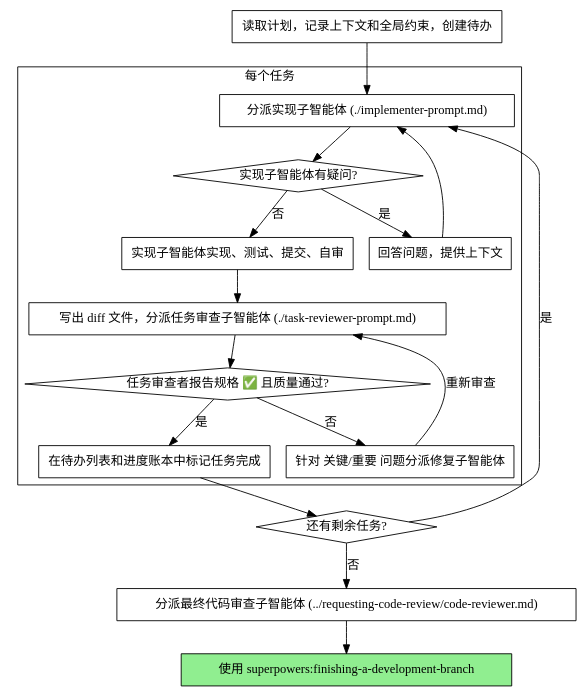
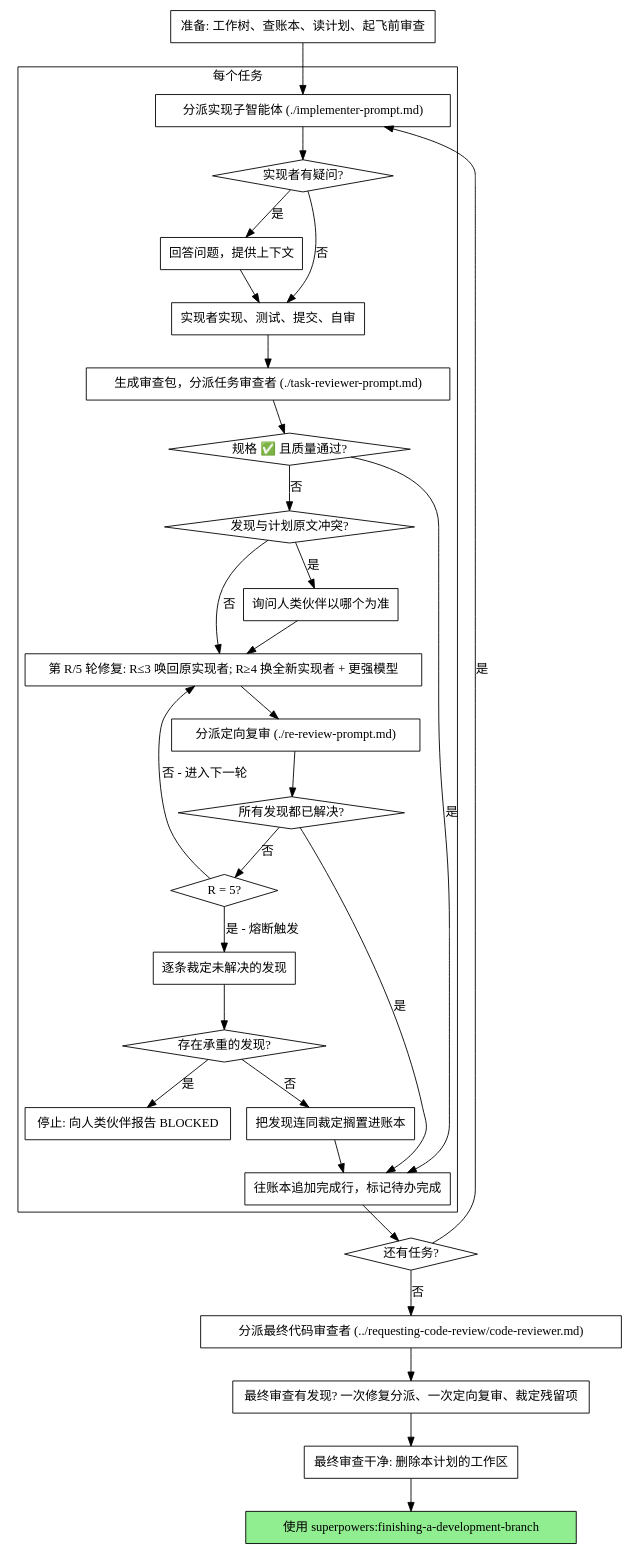
One commit to qqlishili/my-skills changed the second of 2 diagrams in subagent-driven-development/SKILL.md. Above: the diagram before and after it, drawn with Graphviz. The commit also changed other lines of this file and 163 other files, not shown here.

````diff
--- a/subagent-driven-development/SKILL.md
+++ b/subagent-driven-development/SKILL.md
@@ -51,37 +51,62 @@
 ```dot
 digraph process {
     rankdir=TB;
 
     subgraph cluster_per_task {
         label="每个任务";
         "分派实现子智能体 (./implementer-prompt.md)" [shape=box];
-        "实现子智能体有疑问?" [shape=diamond];
+        "实现者有疑问?" [shape=diamond];
         "回答问题，提供上下文" [shape=box];
-        "实现子智能体实现、测试、提交、自审" [shape=box];
-        "写出 diff 文件，分派任务审查子智能体 (./task-reviewer-prompt.md)" [shape=box];
-        "任务审查者报告规格 ✅ 且质量通过?" [shape=diamond];
-        "针对 关键/重要 问题分派修复子智能体" [shape=box];
-        "在待办列表和进度账本中标记任务完成" [shape=box];
+        "实现者实现、测试、提交、自审" [shape=box];
+        "生成审查包，分派任务审查者 (./task-reviewer-prompt.md)" [shape=box];
+        "规格 ✅ 且质量通过?" [shape=diamond];
+        "发现与计划原文冲突?" [shape=diamond];
+        "询问人类伙伴以哪个为准" [shape=box];
+        "第 R/5 轮修复: R≤3 唤回原实现者; R≥4 换全新实现者 + 更强模型" [shape=box];
+        "分派定向复审 (./re-review-prompt.md)" [shape=box];
+        "所有发现都已解决?" [shape=diamond];
+        "R = 5?" [shape=diamond];
+        "逐条裁定未解决的发现" [shape=box];
+        "存在承重的发现?" [shape=diamond];
+        "停止: 向人类伙伴报告 BLOCKED" [shape=box];
+        "把发现连同裁定搁置进账本" [shape=box];
+        "往账本追加完成行，标记待办完成" [shape=box];
     }
 
-    "读取计划，记录上下文和全局约束，创建待办" [shape=box];
-    "还有剩余任务?" [shape=diamond];
-    "分派最终代码审查子智能体 (../requesting-code-review/code-reviewer.md)" [shape=box];
+    "准备: 工作树、查账本、读计划、起飞前审查" [shape=box];
+    "还有任务?" [shape=diamond];
+    "分派最终代码审查者 (../requesting-code-review/code-reviewer.md)" [shape=box];
+    "最终审查有发现? 一次修复分派、一次定向复审、裁定残留项" [shape=box];
+    "最终审查干净: 删除本计划的工作区" [shape=box];
     "使用 superpowers:finishing-a-development-branch" [shape=box style=filled fillcolor=lightgreen];
 
-    "读取计划，记录上下文和全局约束，创建待办" -> "分派实现子智能体 (./implementer-prompt.md)";
-    "分派实现子智能体 (./implementer-prompt.md)" -> "实现子智能体有疑问?";
-    "实现子智能体有疑问?" -> "回答问题，提供上下文" [label="是"];
-    "回答问题，提供上下文" -> "分派实现子智能体 (./implementer-prompt.md)";
-    "实现子智能体有疑问?" -> "实现子智能体实现、测试、提交、自审" [label="否"];
-    "实现子智能体实现、测试、提交、自审" -> "写出 diff 文件，分派任务审查子智能体 (./task-reviewer-prompt.md)";
-    "写出 diff 文件，分派任务审查子智能体 (./task-reviewer-prompt.md)" -> "任务审查者报告规格 ✅ 且质量通过?";
-    "任务审查者报告规格 ✅ 且质量通过?" -> "针对 关键/重要 问题分派修复子智能体" [label="否"];
-    "针对 关键/重要 问题分派修复子智能体" -> "写出 diff 文件，分派任务审查子智能体 (./task-reviewer-prompt.md)" [label="重新审查"];
-    "任务审查者报告规格 ✅ 且质量通过?" -> "在待办列表和进度账本中标记任务完成" [label="是"];
-    "在待办列表和进度账本中标记任务完成" -> "还有剩余任务?";
-    "还有剩余任务?" -> "分派实现子智能体 (./implementer-prompt.md)" [label="是"];
-    "还有剩余任务?" -> "分派最终代码审查子智能体 (../requesting-code-review/code-reviewer.md)" [label="否"];
-    "分派最终代码审查子智能体 (../requesting-code-review/code-reviewer.md)" -> "使用 superpowers:finishing-a-development-branch";
+    "准备: 工作树、查账本、读计划、起飞前审查" -> "分派实现子智能体 (./implementer-prompt.md)";
+    "分派实现子智能体 (./implementer-prompt.md)" -> "实现者有疑问?";
+    "实现者有疑问?" -> "回答问题，提供上下文" [label="是"];
+    "回答问题，提供上下文" -> "实现者实现、测试、提交、自审";
+    "实现者有疑问?" -> "实现者实现、测试、提交、自审" [label="否"];
+    "实现者实现、测试、提交、自审" -> "生成审查包，分派任务审查者 (./task-reviewer-prompt.md)";
+    "生成审查包，分派任务审查者 (./task-reviewer-prompt.md)" -> "规格 ✅ 且质量通过?";
+    "规格 ✅ 且质量通过?" -> "往账本追加完成行，标记待办完成" [label="是"];
+    "规格 ✅ 且质量通过?" -> "发现与计划原文冲突?" [label="否"];
+    "发现与计划原文冲突?" -> "询问人类伙伴以哪个为准" [label="是"];
+    "询问人类伙伴以哪个为准" -> "第 R/5 轮修复: R≤3 唤回原实现者; R≥4 换全新实现者 + 更强模型";
+    "发现与计划原文冲突?" -> "第 R/5 轮修复: R≤3 唤回原实现者; R≥4 换全新实现者 + 更强模型" [label="否"];
+    "第 R/5 轮修复: R≤3 唤回原实现者; R≥4 换全新实现者 + 更强模型" -> "分派定向复审 (./re-review-prompt.md)";
+    "分派定向复审 (./re-review-prompt.md)" -> "所有发现都已解决?";
+    "所有发现都已解决?" -> "往账本追加完成行，标记待办完成" [label="是"];
+    "所有发现都已解决?" -> "R = 5?" [label="否"];
+    "R = 5?" -> "第 R/5 轮修复: R≤3 唤回原实现者; R≥4 换全新实现者 + 更强模型" [label="否 - 进入下一轮"];
+    "R = 5?" -> "逐条裁定未解决的发现" [label="是 - 熔断触发"];
+    "逐条裁定未解决的发现" -> "存在承重的发现?";
+    "存在承重的发现?" -> "停止: 向人类伙伴报告 BLOCKED" [label="是"];
+    "存在承重的发现?" -> "把发现连同裁定搁置进账本" [label="否"];
+    "把发现连同裁定搁置进账本" -> "往账本追加完成行，标记待办完成";
+    "往账本追加完成行，标记待办完成" -> "还有任务?";
+    "还有任务?" -> "分派实现子智能体 (./implementer-prompt.md)" [label="是"];
+    "还有任务?" -> "分派最终代码审查者 (../requesting-code-review/code-reviewer.md)" [label="否"];
+    "分派最终代码审查者 (../requesting-code-review/code-reviewer.md)" -> "最终审查有发现? 一次修复分派、一次定向复审、裁定残留项";
+    "最终审查有发现? 一次修复分派、一次定向复审、裁定残留项" -> "最终审查干净: 删除本计划的工作区";
+    "最终审查干净: 删除本计划的工作区" -> "使用 superpowers:finishing-a-development-branch";
 }
 ```
````
